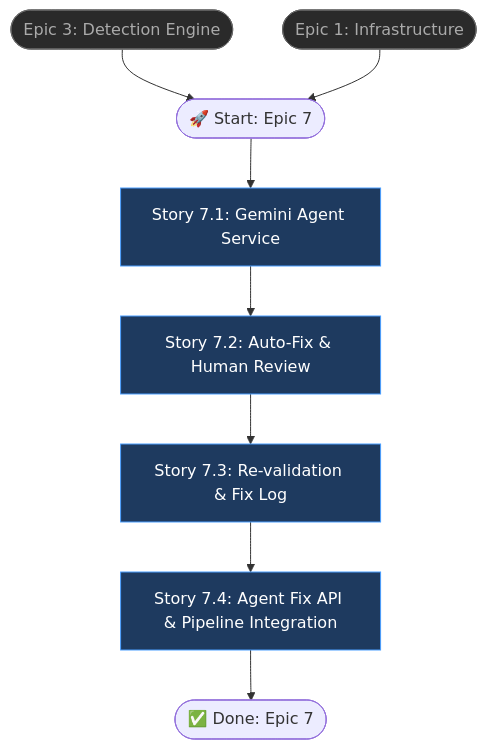
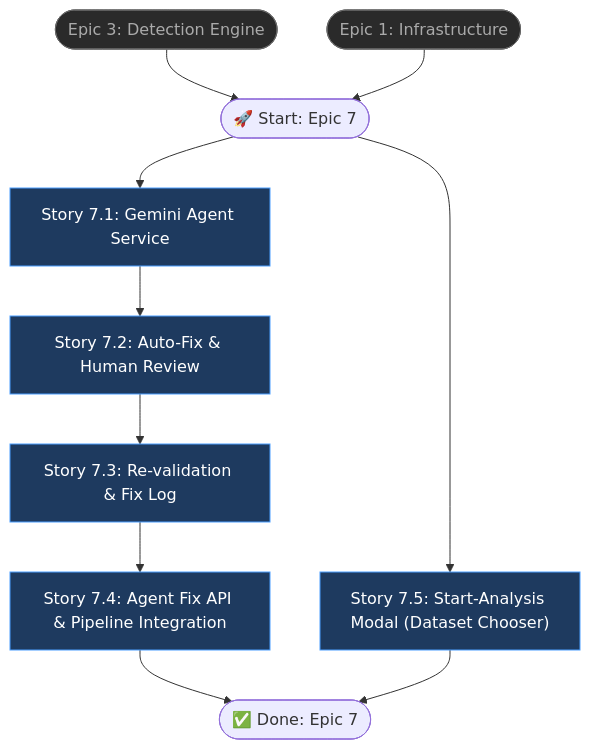
One commit to canhcutcon/final_project_ai changed the diagram in docs/prd/epic-7-gemini-agent-auto-fix.md. Above: the diagram before and after it, drawn with Mermaid. The commit also changed other lines of this file, not shown here.

Commit message:
docs: add Story 7.5 Start-Analysis Modal to epic-7 PRD documentation

````diff
--- a/docs/prd/epic-7-gemini-agent-auto-fix.md
+++ b/docs/prd/epic-7-gemini-agent-auto-fix.md
@@ -50,17 +50,20 @@
 ```mermaid
 flowchart TD
     P3(["Epic 3: Detection Engine"]):::prev --> A
     P1(["Epic 1: Infrastructure"]):::prev --> A
     A(["🚀 Start: Epic 7"]) --> B["Story 7.1: Gemini Agent Service"]
     B --> C["Story 7.2: Auto-Fix & Human Review"]
     C --> D["Story 7.3: Re-validation & Fix Log"]
     D --> E["Story 7.4: Agent Fix API & Pipeline Integration"]
+    A --> G["Story 7.5: Start-Analysis Modal (Dataset Chooser)"]
     E --> F(["✅ Done: Epic 7"])
+    G --> F
 
     B:::story
     C:::story
     D:::story
     E:::story
+    G:::story
     classDef story fill:#1e3a5f,stroke:#4a9eff,color:#fff
     classDef prev fill:#2a2a2a,stroke:#666,color:#aaa
 ```
````
